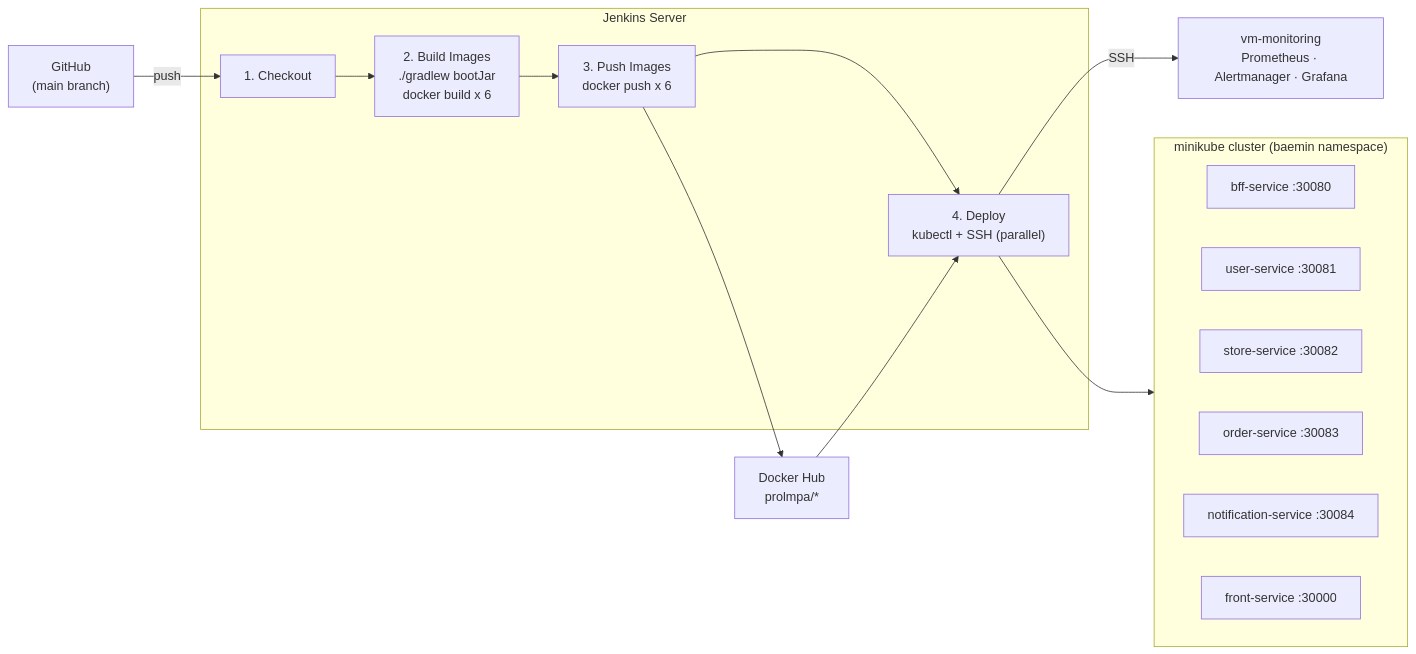
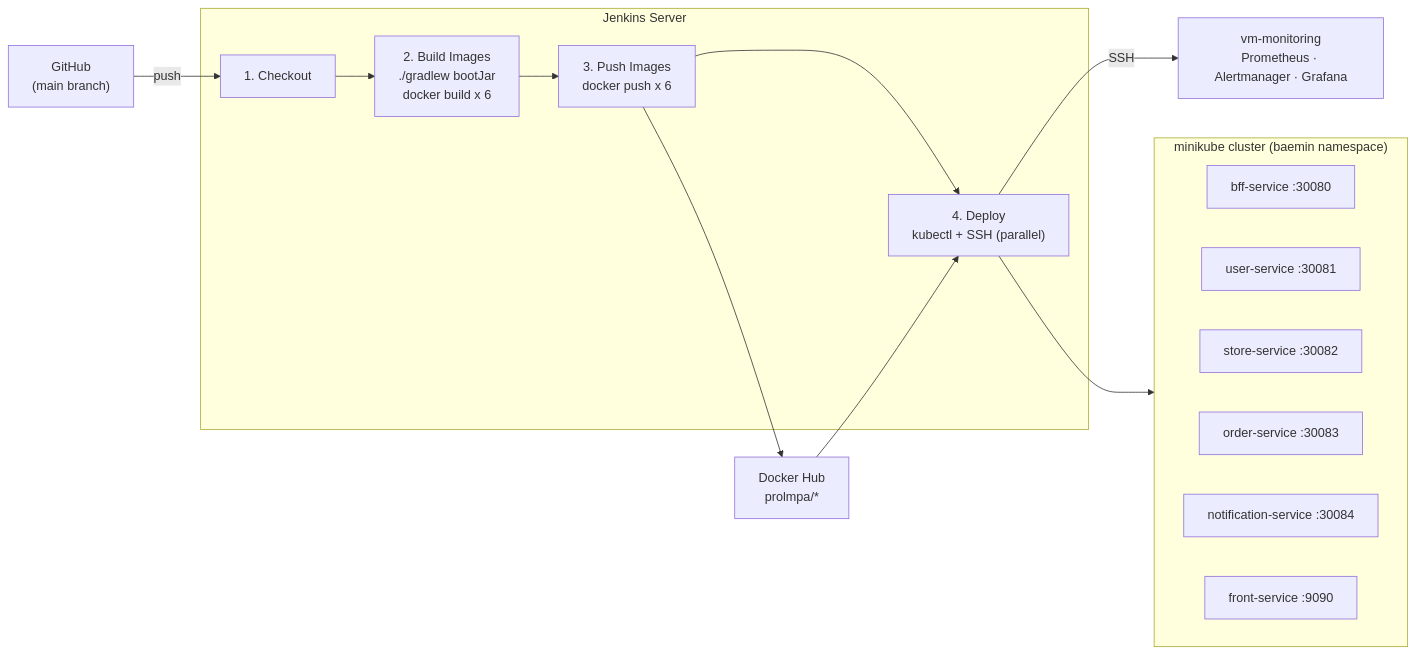
The seventh of 7 diagrams in README.md (proLmpa/Deliprac), drawn with Mermaid before and after one commit. The commit also changed 2 other files, not shown here.

Commit message:
Change front-service NodePort from 30000 to 9090
Port 30000 is blocked at the VMware network level (NodePort range
30000-32767 filtered). Port 9090 is accessible from outside the VM.
Updated k8s manifest, README, and CLAUDE.md accordingly.

````diff
--- a/README.md
+++ b/README.md
@@ -543,30 +543,30 @@
 ```mermaid
 flowchart LR
     GH["GitHub\n(main branch)"]
     DH["Docker Hub\nprolmpa/*"]
 
     subgraph jenkins ["Jenkins Server"]
         CO["1. Checkout"]
         BI["2. Build Images\n./gradlew bootJar\ndocker build x 6"]
         PI["3. Push Images\ndocker push x 6"]
         DP["4. Deploy\nkubectl + SSH (parallel)"]
     end
 
     subgraph k8s ["minikube cluster (baemin namespace)"]
         direction LR
         BFF["bff-service :30080"]
         US["user-service :30081"]
         SS["store-service :30082"]
         OS["order-service :30083"]
         NS["notification-service :30084"]
-        FS["front-service :30000"]
+        FS["front-service :9090"]
     end
 
     VM["vm-monitoring\nPrometheus · Alertmanager · Grafana"]
 
     GH -->|push| CO --> BI --> PI --> DP
     PI --> DH
     DH --> DP
     DP --> k8s
     DP -->|SSH| VM
 ```
````
